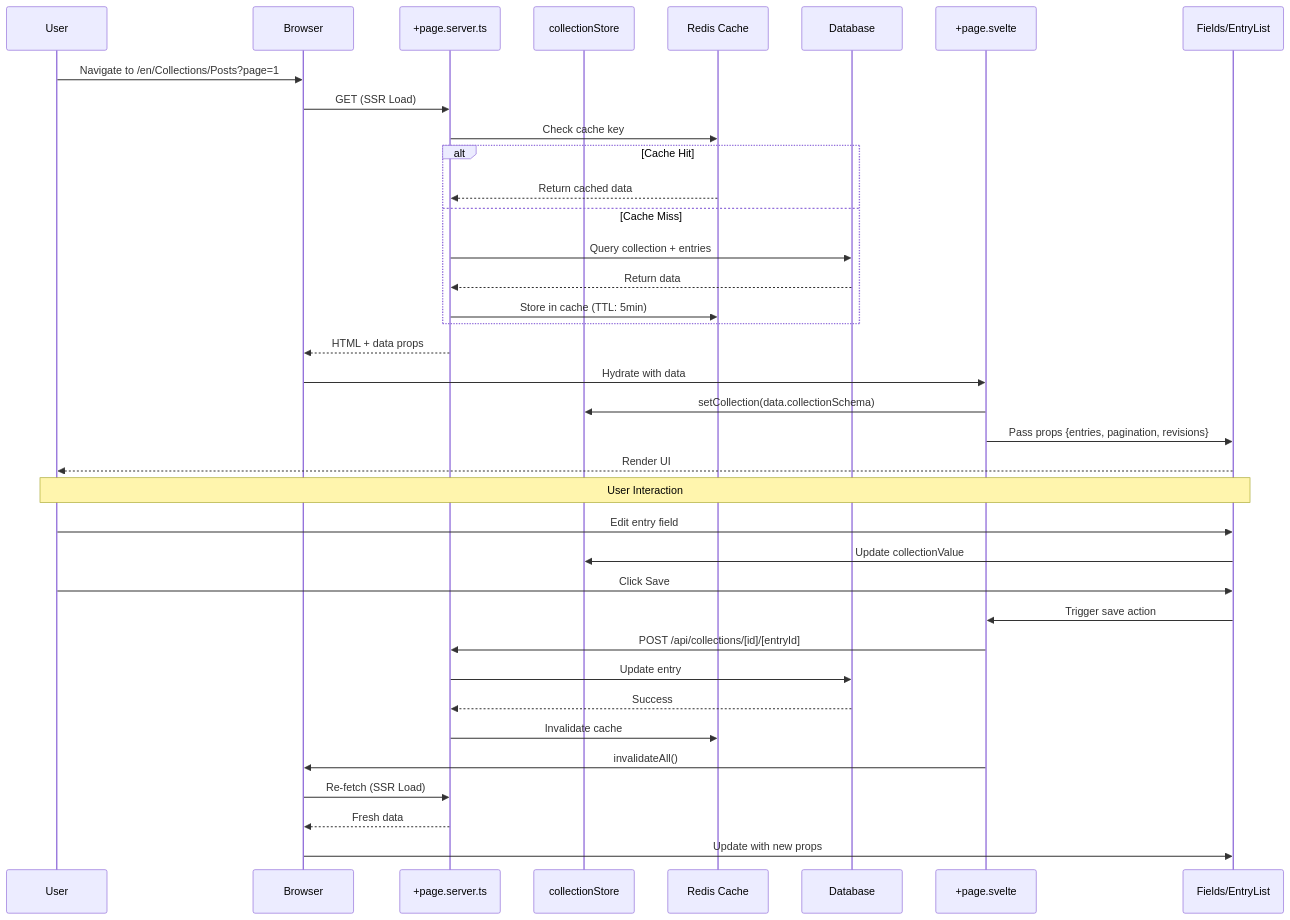
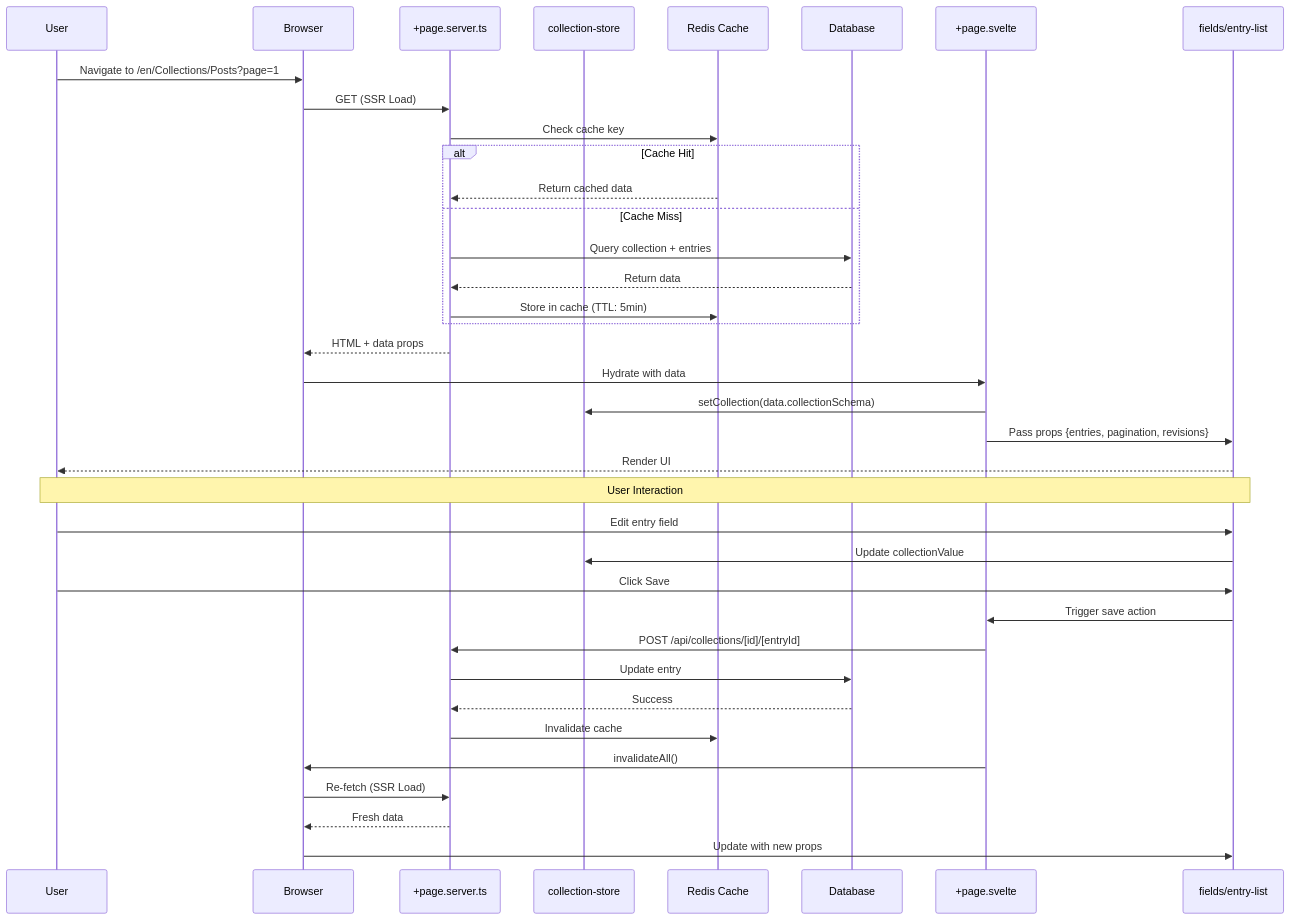
One commit to SveltyCMS/SveltyCMS changed the diagram in docs/architecture/collection-store-dataflow.mdx. Above: the diagram before and after it, drawn with Mermaid. The commit also changed other lines of this file and 353 other files, not shown here.

````diff
--- a/docs/architecture/collection-store-dataflow.mdx
+++ b/docs/architecture/collection-store-dataflow.mdx
@@ -56,45 +56,45 @@
 ```mermaid
 sequenceDiagram
     participant User
     participant Browser
     participant PageServer as +page.server.ts
-    participant Store as collectionStore
+    participant Store as collection-store
     participant Cache as Redis Cache
     participant DB as Database
     participant PageSvelte as +page.svelte
-    participant Component as Fields/EntryList
+    participant Component as fields/entry-list
 
     User->>Browser: Navigate to /en/Collections/Posts?page=1
     Browser->>PageServer: GET (SSR Load)
     PageServer->>Cache: Check cache key
 
     alt Cache Hit
         Cache-->>PageServer: Return cached data
     else Cache Miss
         PageServer->>DB: Query collection + entries
         DB-->>PageServer: Return data
         PageServer->>Cache: Store in cache (TTL: 5min)
     end
 
     PageServer-->>Browser: HTML + data props
     Browser->>PageSvelte: Hydrate with data
     PageSvelte->>Store: setCollection(data.collectionSchema)
     PageSvelte->>Component: Pass props {entries, pagination, revisions}
     Component-->>User: Render UI
 
     Note over User,Component: User Interaction
 
     User->>Component: Edit entry field
     Component->>Store: Update collectionValue
 
     User->>Component: Click Save
     Component->>PageSvelte: Trigger save action
     PageSvelte->>PageServer: POST /api/collections/[id]/[entryId]
     PageServer->>DB: Update entry
     DB-->>PageServer: Success
     PageServer->>Cache: Invalidate cache
     PageSvelte->>Browser: invalidateAll()
     Browser->>PageServer: Re-fetch (SSR Load)
     PageServer-->>Browser: Fresh data
     Browser->>Component: Update with new props
 ```
````
